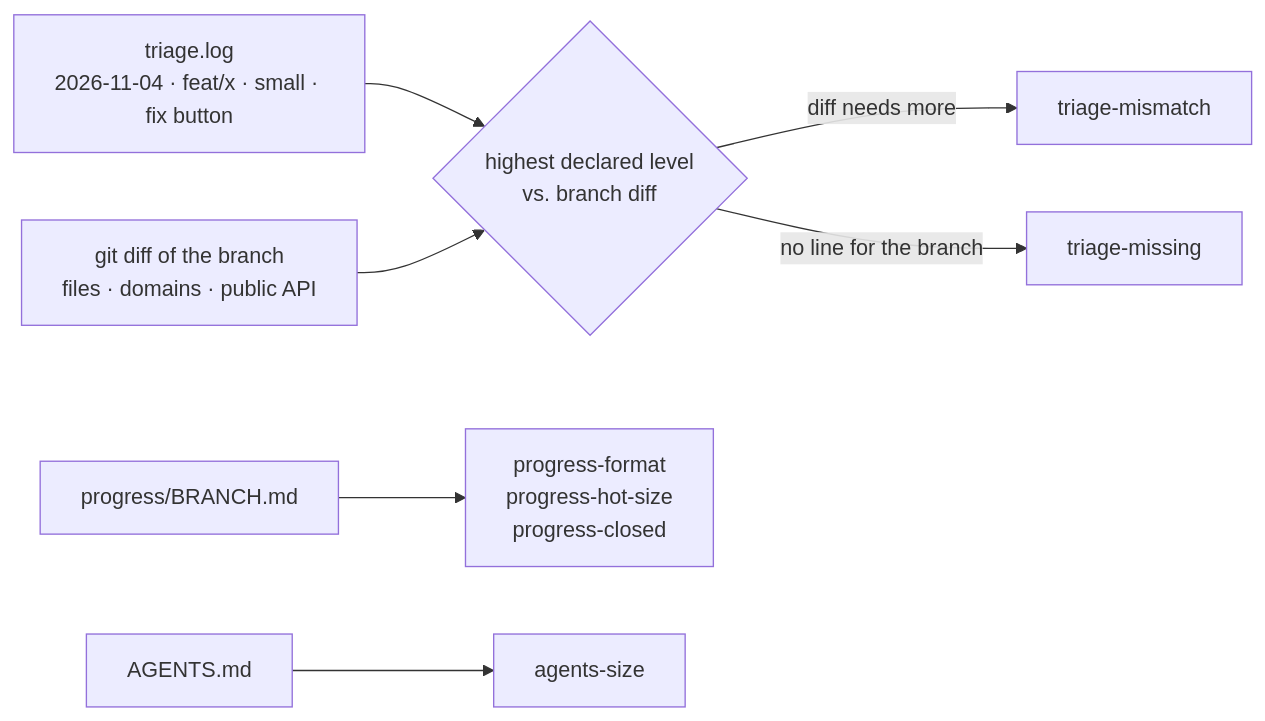
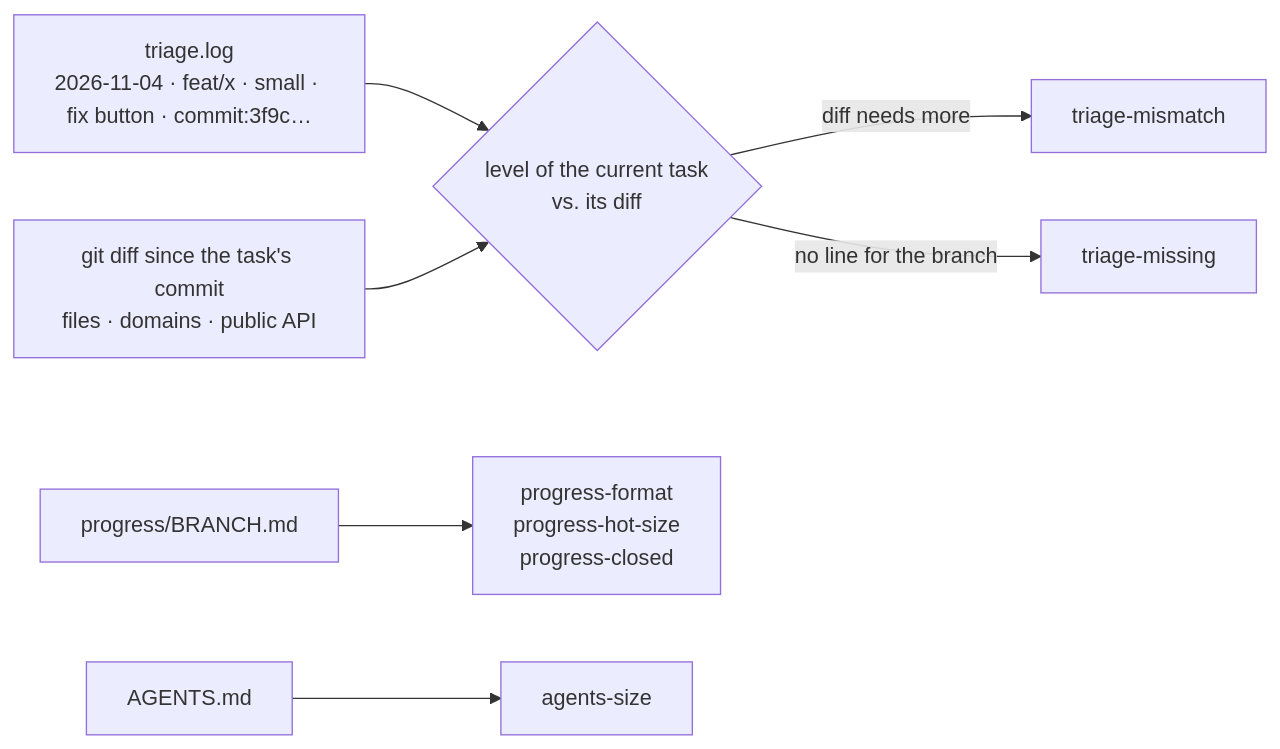
One commit to fredarcito/reins changed diagram 14 of 20 in README.md. Above: the diagram before and after it, drawn with Mermaid. The commit also changed other lines of this file and 51 other files, not shown here.

````diff
--- a/README.md
+++ b/README.md
@@ -573,9 +594,9 @@
 ```mermaid
 flowchart LR
-    log["triage.log<br/>2026-11-04 · feat/x · small · fix button"] --> cmp{"highest declared level<br/>vs. branch diff"}
-    diff["git diff of the branch<br/>files · domains · public API"] --> cmp
+    log["triage.log<br/>2026-11-04 · feat/x · small · fix button · commit:3f9c…"] --> cmp{"level of the current task<br/>vs. its diff"}
+    diff["git diff since the task's commit<br/>files · domains · public API"] --> cmp
     cmp -- "diff needs more" --> mismatch["triage-mismatch"]
     cmp -- "no line for the branch" --> missing["triage-missing"]
     nb["progress/BRANCH.md"] --> fmt["progress-format<br/>progress-hot-size<br/>progress-closed"]
     agents["AGENTS.md"] --> size["agents-size"]
 ```
````
